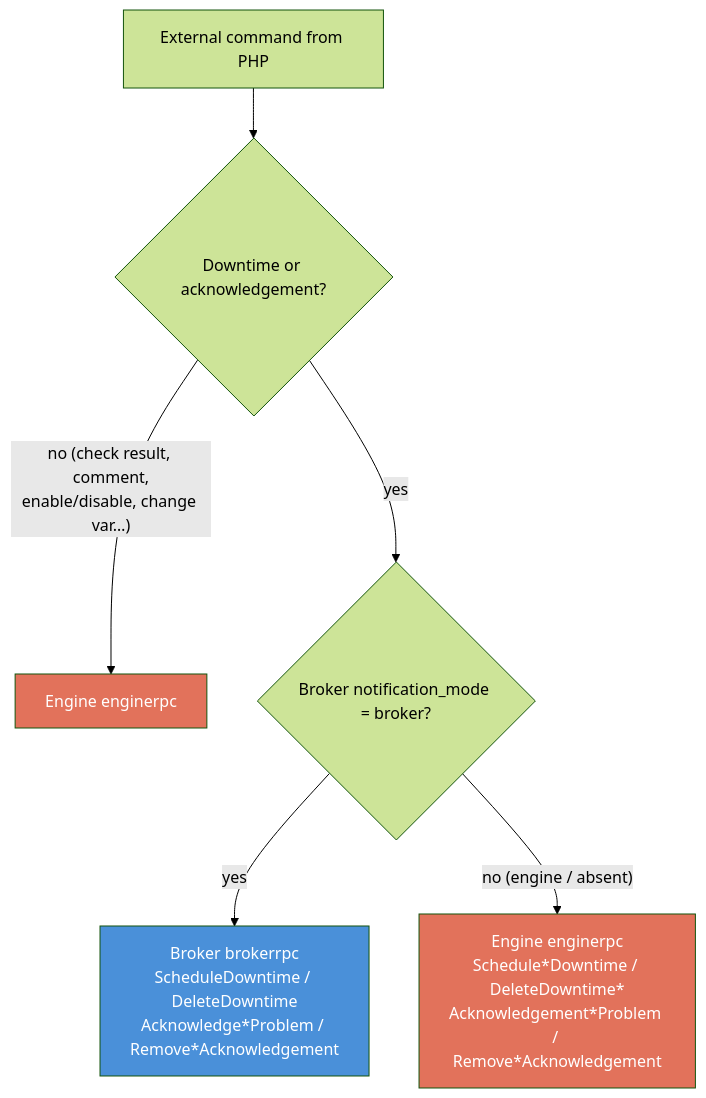
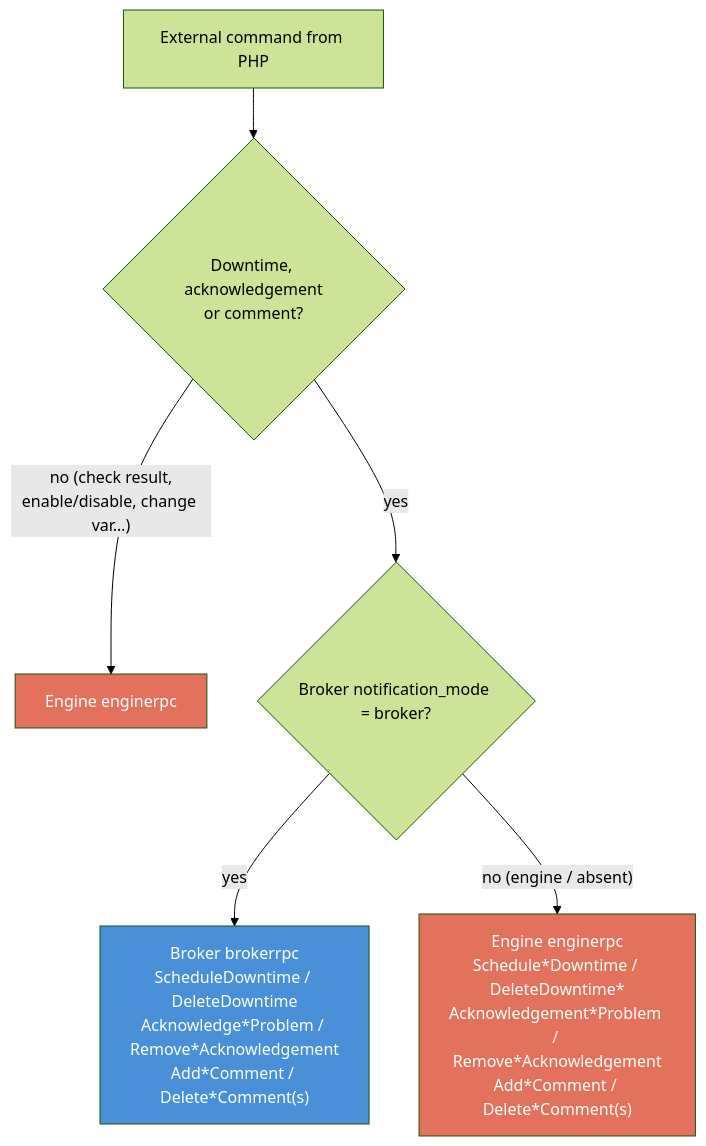
Before and after one commit to centreon/centreon-collect: the diagram in doc/php-evolutions-en.md, drawn with Mermaid (forest theme). The commit also changed other lines of this file and 3 other files, not shown here.

````diff
--- a/doc/php-evolutions-en.md
+++ b/doc/php-evolutions-en.md
@@ -226,12 +227,12 @@
 ```mermaid
 flowchart TD
     classDef engine fill:#e2725b,color:#fff;
     classDef broker fill:#4a90d9,color:#fff;
 
     CMD["External command from PHP"]
-    CMD --> Q1{"Downtime or acknowledgement?"}
-    Q1 -- "no (check result, comment,<br/>enable/disable, change var…)" --> ENG["Engine enginerpc"]:::engine
+    CMD --> Q1{"Downtime, acknowledgement<br/>or comment?"}
+    Q1 -- "no (check result,<br/>enable/disable, change var…)" --> ENG["Engine enginerpc"]:::engine
     Q1 -- "yes" --> Q2{"Broker notification_mode = broker?"}
-    Q2 -- "yes" --> BRK["Broker brokerrpc<br/>ScheduleDowntime / DeleteDowntime<br/>Acknowledge*Problem / Remove*Acknowledgement"]:::broker
-    Q2 -- "no (engine / absent)" --> ENG2["Engine enginerpc<br/>Schedule*Downtime / DeleteDowntime*<br/>Acknowledgement*Problem / Remove*Acknowledgement"]:::engine
+    Q2 -- "yes" --> BRK["Broker brokerrpc<br/>ScheduleDowntime / DeleteDowntime<br/>Acknowledge*Problem / Remove*Acknowledgement<br/>Add*Comment / Delete*Comment(s)"]:::broker
+    Q2 -- "no (engine / absent)" --> ENG2["Engine enginerpc<br/>Schedule*Downtime / DeleteDowntime*<br/>Acknowledgement*Problem / Remove*Acknowledgement<br/>Add*Comment / Delete*Comment(s)"]:::engine
 ```
````
